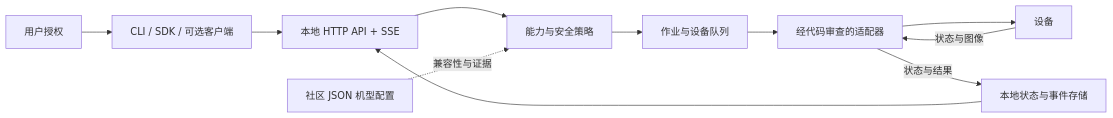
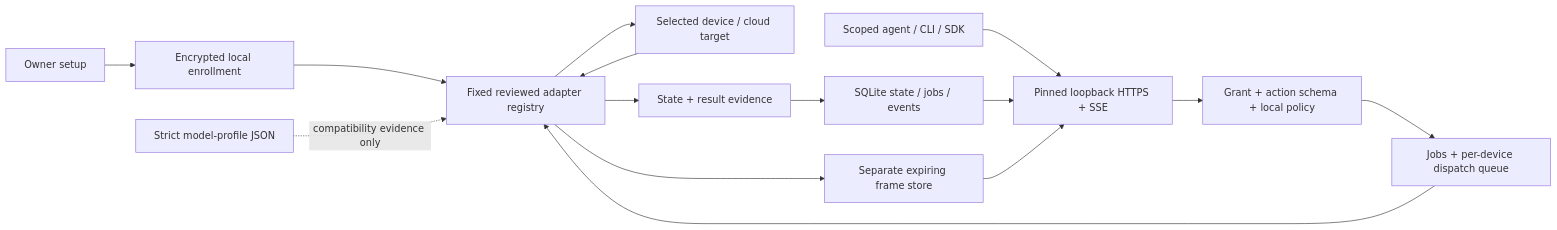
Before and after one commit to wudaming00/AnyAdapterHub: the diagram in docs/ARCHITECTURE.md, drawn with Mermaid. The commit also changed other lines of this file and 41 other files, not shown here.

````diff
--- a/docs/ARCHITECTURE.md
+++ b/docs/ARCHITECTURE.md
@@ -5,13 +9,17 @@
 ```mermaid
 flowchart LR
-    U[用户授权] --> C[CLI / SDK / 可选客户端]
-    C --> H[本地 HTTP API + SSE]
-    H --> P[能力与安全策略]
-    P --> Q[作业与设备队列]
-    Q --> R[经代码审查的适配器]
-    R --> D[设备]
-    D -->|状态与图像| R
-    R -->|状态与结果| S[本地状态与事件存储]
-    S --> H
-    J[社区 JSON 机型配置] -.兼容性与证据.-> P
+    O[Owner setup] --> C[Encrypted local enrollment]
+    A[Scoped agent / CLI / SDK] --> H[Pinned loopback HTTPS + SSE]
+    H --> P[Grant + action schema + local policy]
+    P --> J[Jobs + per-device dispatch queue]
+    J --> R[Fixed reviewed adapter registry]
+    C --> R
+    R --> D[Selected device / cloud target]
+    D --> R
+    R --> S[State + result evidence]
+    S --> DB[SQLite state / jobs / events]
+    DB --> H
+    R --> F[Separate expiring frame store]
+    F --> H
+    M[Strict model-profile JSON] -.compatibility evidence only.-> R
 ```
````
